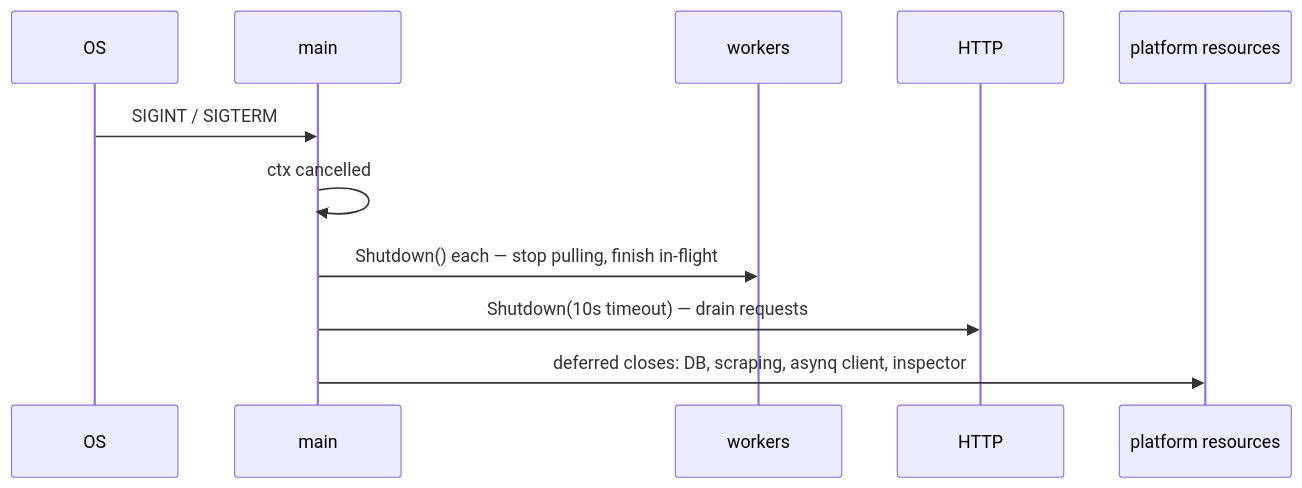
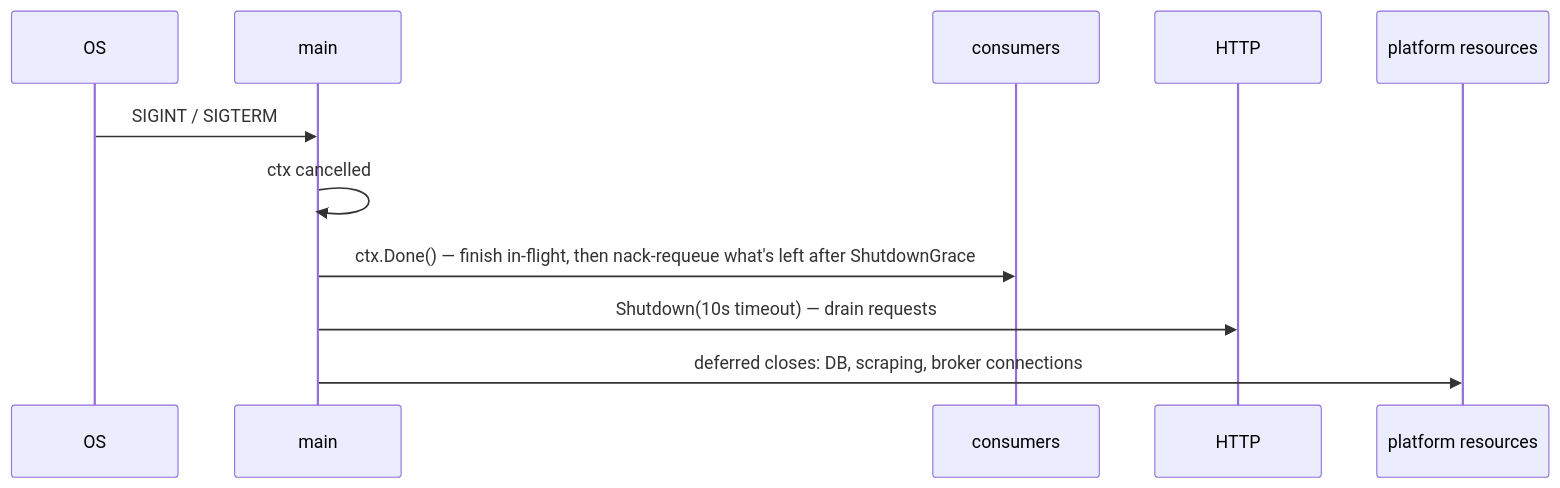
Before and after one commit to nonamecat19/job-finder: the fifth of 5 diagrams in docs/docs/async/workers-and-queues.md, drawn with Mermaid. The commit also changed other lines of this file and 13 other files, not shown here.

````diff
--- a/docs/docs/async/workers-and-queues.md
+++ b/docs/docs/async/workers-and-queues.md
@@ -151,13 +148,13 @@
 ```mermaid
 sequenceDiagram
     participant OS
     participant M as main
-    participant W as workers
+    participant C as consumers
     participant H as HTTP
     participant P as platform resources
     OS->>M: SIGINT / SIGTERM
     M->>M: ctx cancelled
-    M->>W: Shutdown() each — stop pulling, finish in-flight
+    M->>C: ctx.Done() — finish in-flight, then nack-requeue what's left after ShutdownGrace
     M->>H: Shutdown(10s timeout) — drain requests
-    M->>P: deferred closes: DB, scraping, asynq client, inspector
+    M->>P: deferred closes: DB, scraping, broker connections
 ```
````
